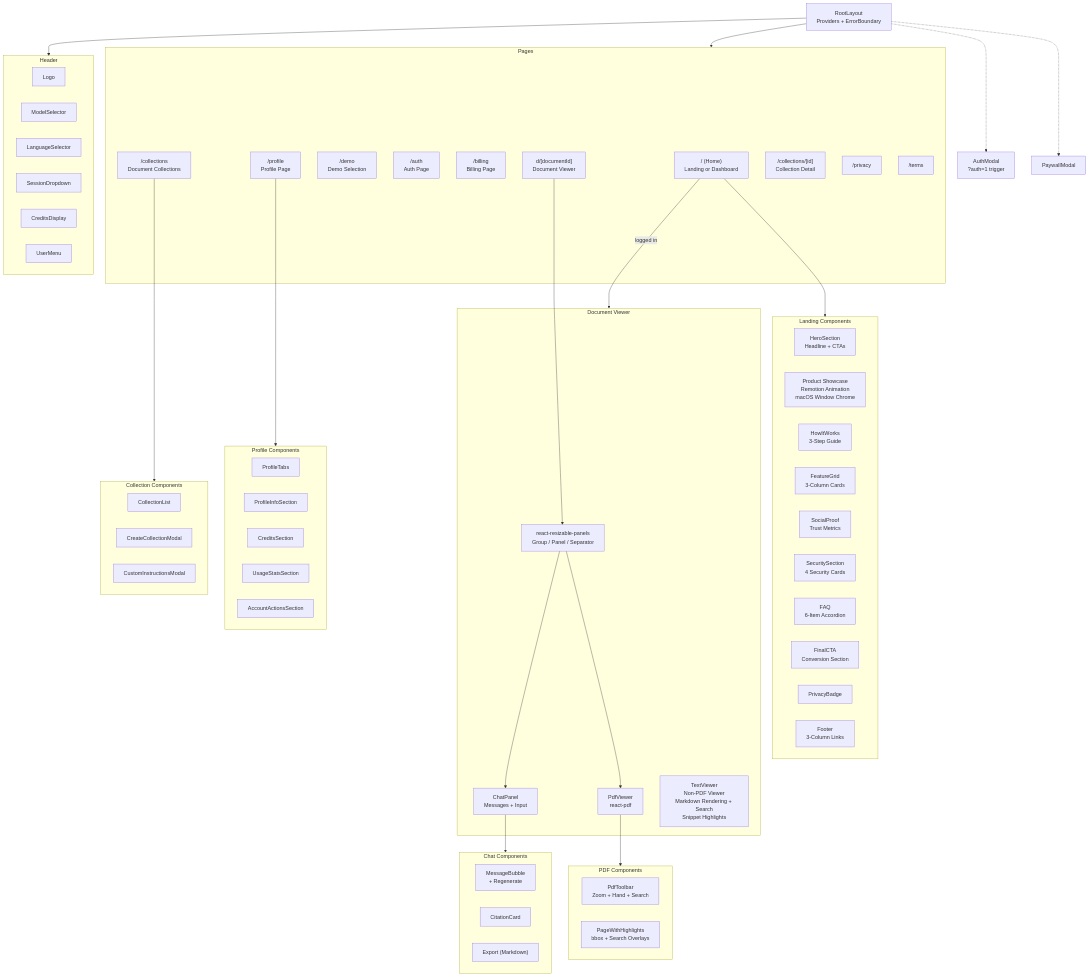
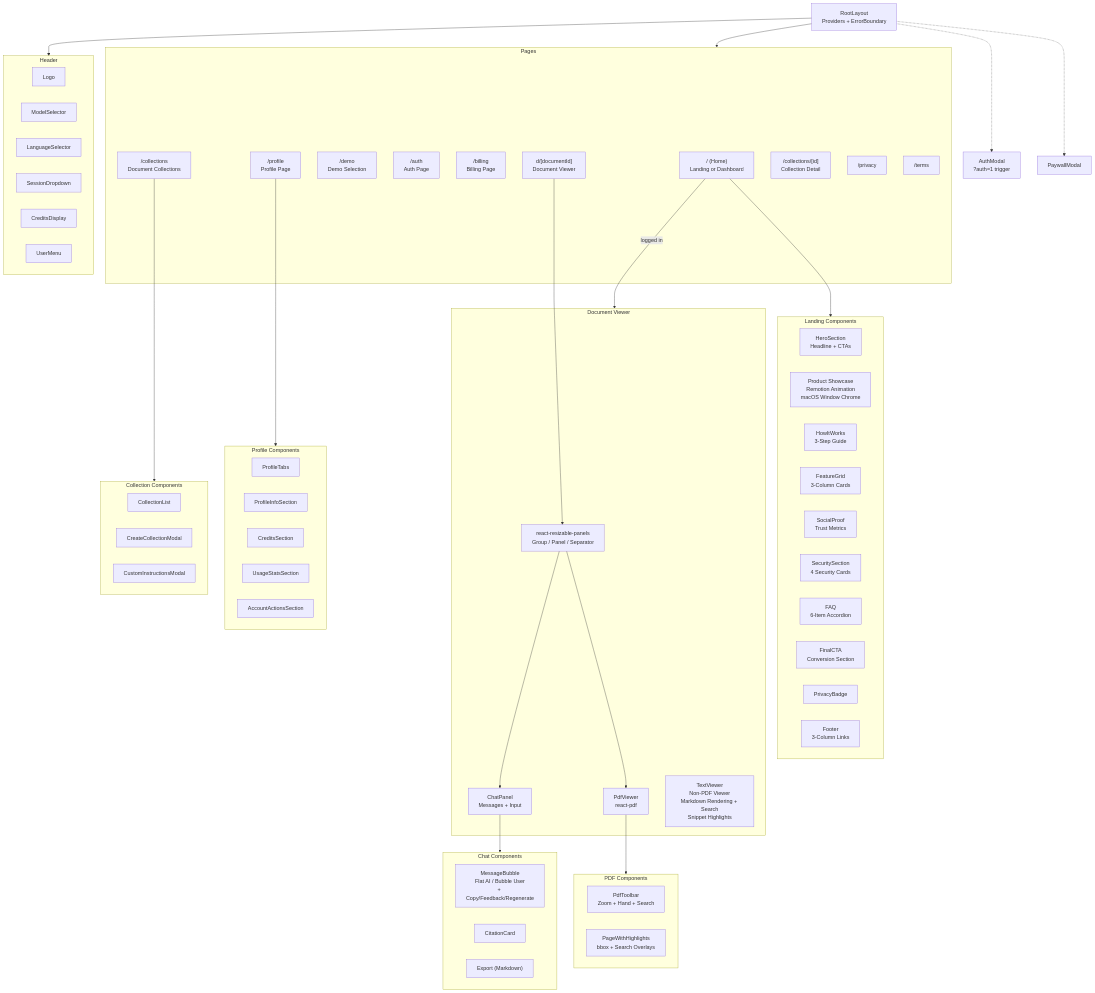
The seventh of 8 diagrams in docs/ARCHITECTURE.md (Rswcf/DocTalk), drawn with Mermaid before and after one commit. The commit also changed other lines of this file and 2 other files, not shown here.

Commit message:
docs: document ChatGPT-style chat UI redesign

```diff
--- a/docs/ARCHITECTURE.md
+++ b/docs/ARCHITECTURE.md
@@ -532,7 +532,7 @@
     end
 
     subgraph ChatComp["Chat Components"]
-        MsgBubble["MessageBubble<br/>+ Regenerate"]
+        MsgBubble["MessageBubble<br/>Flat AI / Bubble User<br/>+ Copy/Feedback/Regenerate"]
         CitCard["CitationCard"]
         Export["Export (Markdown)"]
     end
```
